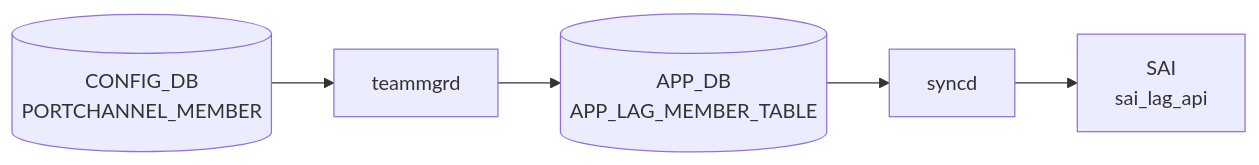
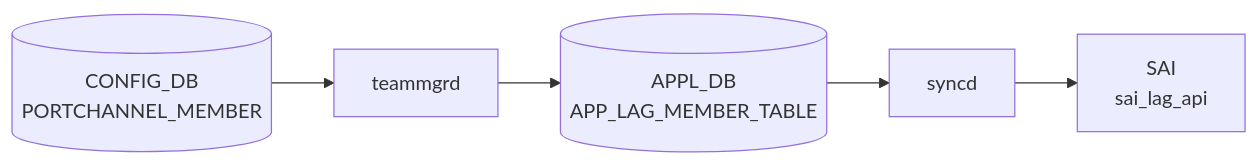
Before and after one commit to aoki-taquan/sonic-unofficial-docs: the diagram in docs/reference/config-db/portchannel-member.md, drawn with Mermaid. The commit also changed 91 other files, not shown here.

First line of the commit message:
fix(review-067): APP_DB→APPL_DB in mermaid labels; exclude APPL_DB pages from auto-gen

````diff
--- a/docs/reference/config-db/portchannel-member.md
+++ b/docs/reference/config-db/portchannel-member.md
@@ -32,12 +32,12 @@
 ```mermaid
 flowchart LR
   CDB[("CONFIG_DB<br/>PORTCHANNEL_MEMBER")]
   DM["teammgrd"]
   CDB --> DM
-  APPDB[("APP_DB<br/>APP_LAG_MEMBER_TABLE")]
+  APPDB[("APPL_DB<br/>APP_LAG_MEMBER_TABLE")]
   DM --> APPDB
   SYNCD["syncd"]
   APPDB --> SYNCD
   SAI["SAI<br/>sai_lag_api"]
   SYNCD --> SAI
 ```
````
